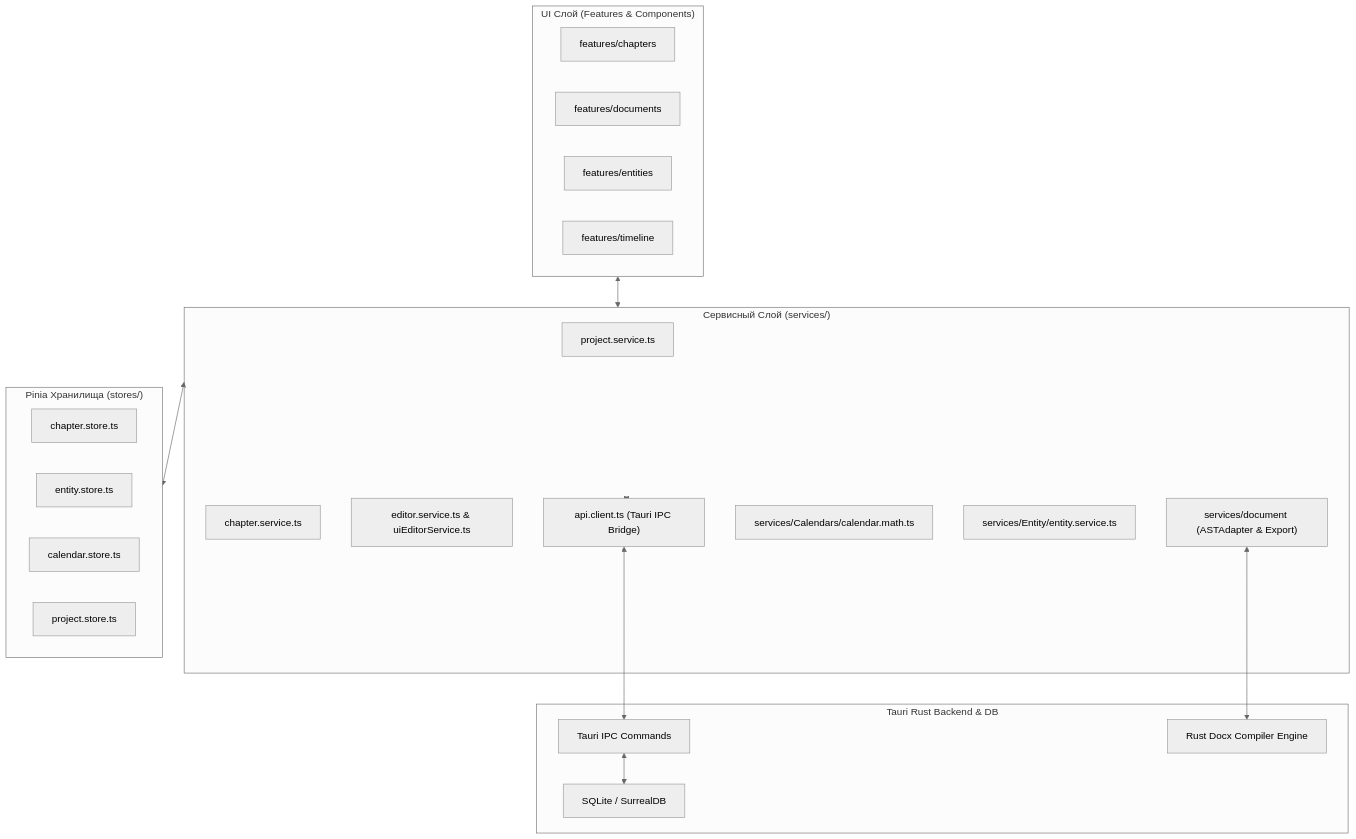
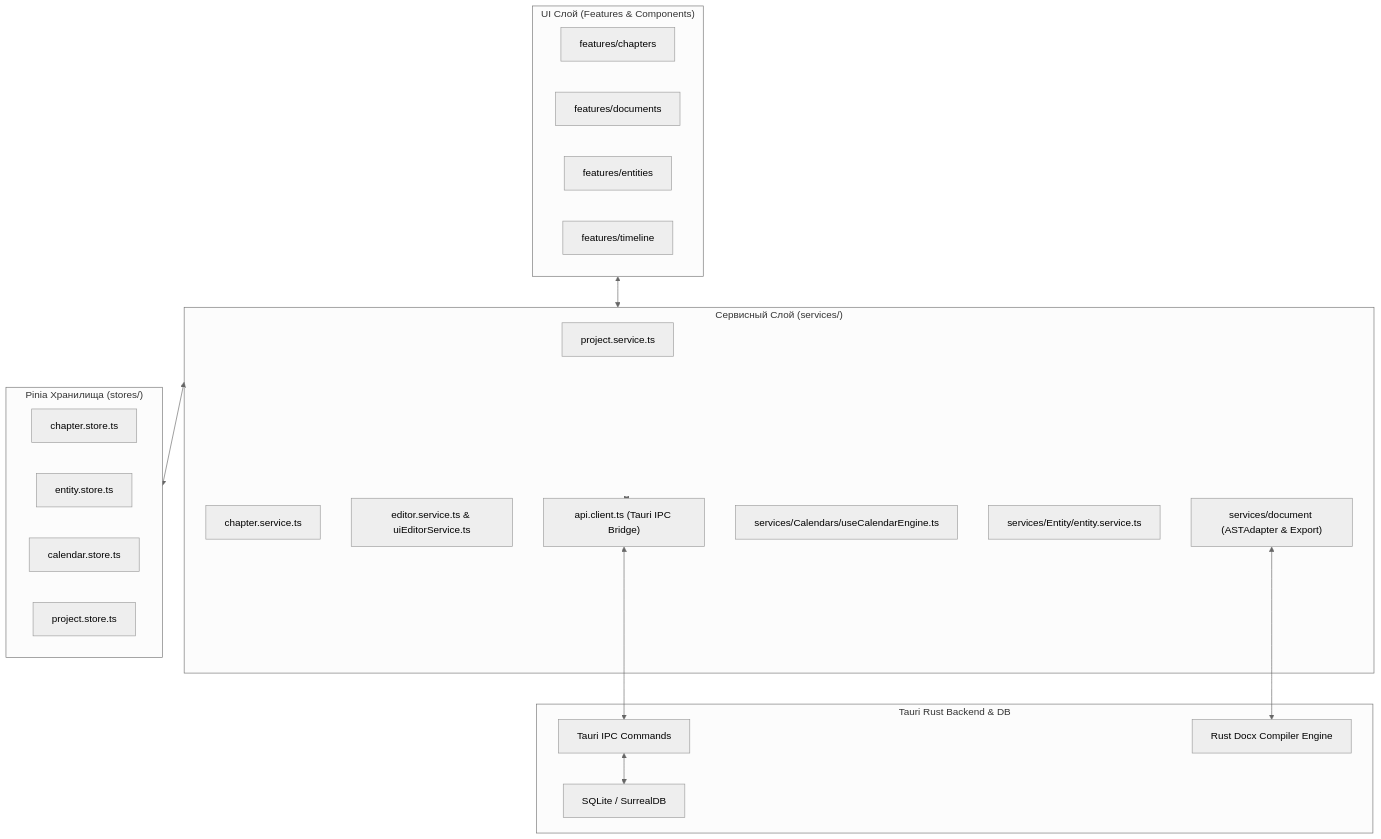
The first of 2 diagrams in apps/spa/src/ts/services/README_Services.md (nagisokyn-prog/WorldWiki), drawn with Mermaid (neutral theme) before and after one commit. The commit also changed other lines of this file and 69 other files, not shown here.

Commit message:
feat: implement calendar features and WASM engine package

````diff
--- a/apps/spa/src/ts/services/README_Services.md
+++ b/apps/spa/src/ts/services/README_Services.md
@@ -47,39 +47,39 @@
 ```mermaid
 flowchart TD
     subgraph SPA_UI ["UI Слой (Features & Components)"]
         ChaptersUI["features/chapters"]
         DocsUI["features/documents"]
         EntitiesUI["features/entities"]
         TimelineUI["features/timeline"]
     end
 
     subgraph Service_Orchestrator ["Сервисный Слой (services/)"]
         ProjSvc["project.service.ts"]
         ChapSvc["chapter.service.ts"]
         EditSvc["editor.service.ts & uiEditorService.ts"]
         DocEngine["services/document (ASTAdapter & Export)"]
-        CalMath["services/Calendars/calendar.math.ts"]
+        CalMath["services/Calendars/useCalendarEngine.ts"]
         EntitySvc["services/Entity/entity.service.ts"]
         ApiClient["api.client.ts (Tauri IPC Bridge)"]
     end
 
     subgraph Store_Layer ["Pinia Хранилища (stores/)"]
         ChapterStore["chapter.store.ts"]
         EntityStore["entity.store.ts"]
         CalendarStore["calendar.store.ts"]
         ProjectStore["project.store.ts"]
     end
 
     subgraph Backend_Platform ["Tauri Rust Backend & DB"]
         TauriCore["Tauri IPC Commands"]
         DBEngine["SQLite / SurrealDB"]
         DocxRust["Rust Docx Compiler Engine"]
     end
 
     SPA_UI <--> Service_Orchestrator
     Service_Orchestrator <--> Store_Layer
     Service_Orchestrator <--> ApiClient
     ApiClient <--> TauriCore
     TauriCore <--> DBEngine
     DocEngine <--> DocxRust
 ```
````
